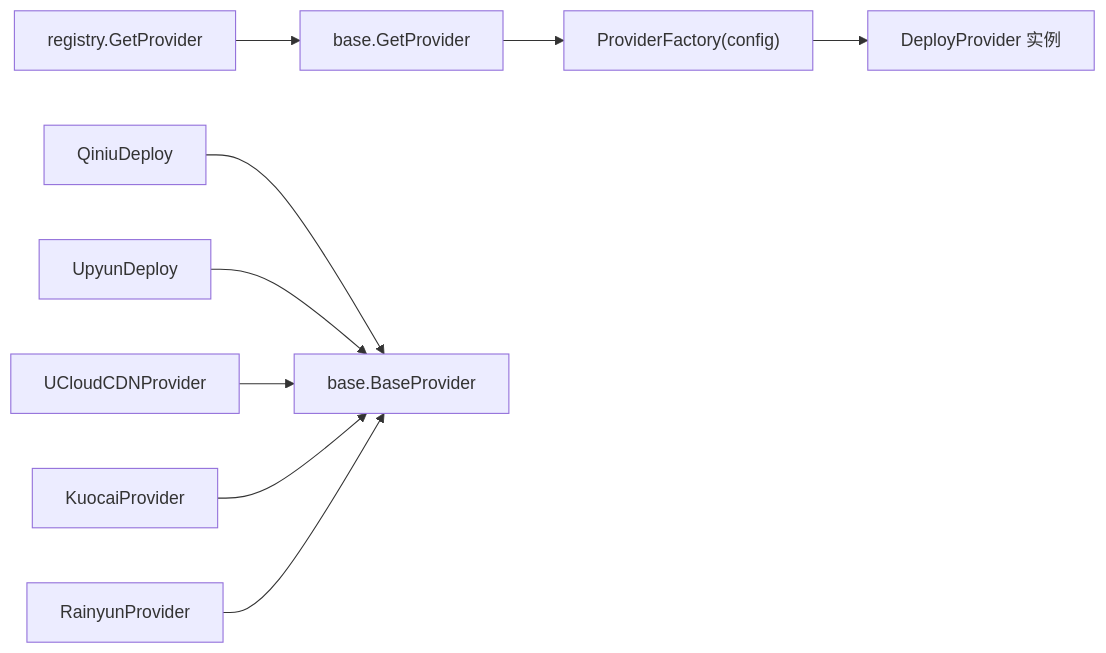
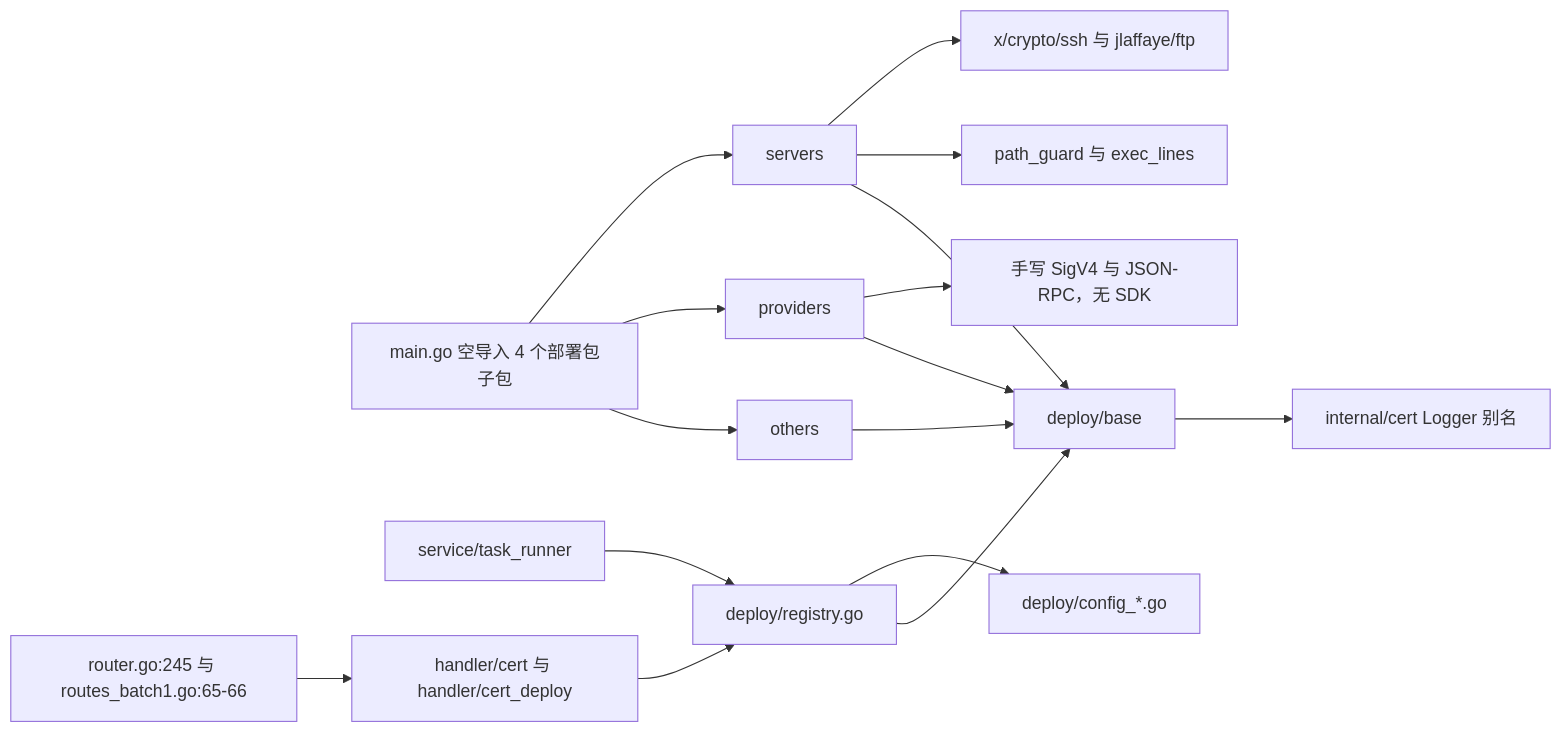
One commit to x01n/dnsplane changed the fourth of 5 diagrams in docs/证书管理功能/证书部署策略/其他部署方式.md. Above: the diagram before and after it, drawn with Mermaid. The commit also changed other lines of this file and 326 other files, not shown here.

````diff
--- a/docs/证书管理功能/证书部署策略/其他部署方式.md
+++ b/docs/证书管理功能/证书部署策略/其他部署方式.md
@@ -354,11 +507,18 @@
 ```mermaid
 graph LR
-REG["registry.GetProvider"] --> BASE_GET["base.GetProvider"]
-BASE_GET --> FACTORY["ProviderFactory(config)"]
-FACTORY --> PROVIDER["DeployProvider 实例"]
-QINIU["QiniuDeploy"] --> BASE["base.BaseProvider"]
-UPYUN["UpyunDeploy"] --> BASE
-UCDN["UCloudCDNProvider"] --> BASE
-KUOC["KuocaiProvider"] --> BASE
-RAIN["RainyunProvider"] --> BASE
+    MAIN["main.go 空导入 4 个部署包子包"] --> OT["others"]
+    MAIN --> PV["providers"]
+    MAIN --> SV["servers"]
+    OT --> BASE["deploy/base"]
+    PV --> BASE
+    SV --> BASE
+    BASE --> CERT["internal/cert Logger 别名"]
+    SV --> GUARD["path_guard 与 exec_lines"]
+    SV --> LIB["x/crypto/ssh 与 jlaffaye/ftp"]
+    PV --> HAND["手写 SigV4 与 JSON-RPC，无 SDK"]
+    REG["deploy/registry.go"] --> BASE
+    REG --> CFG["deploy/config_*.go"]
+    TR["service/task_runner"] --> REG
+    HD["handler/cert 与 handler/cert_deploy"] --> REG
+    RT["router.go:245 与 routes_batch1.go:65-66"] --> HD
 ```
````
